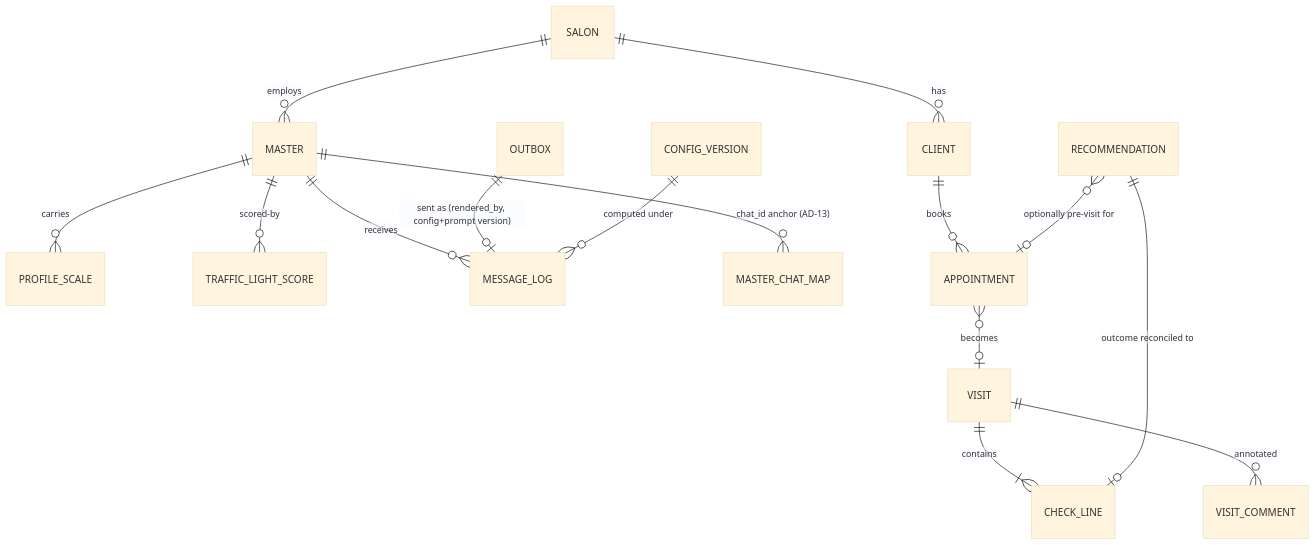
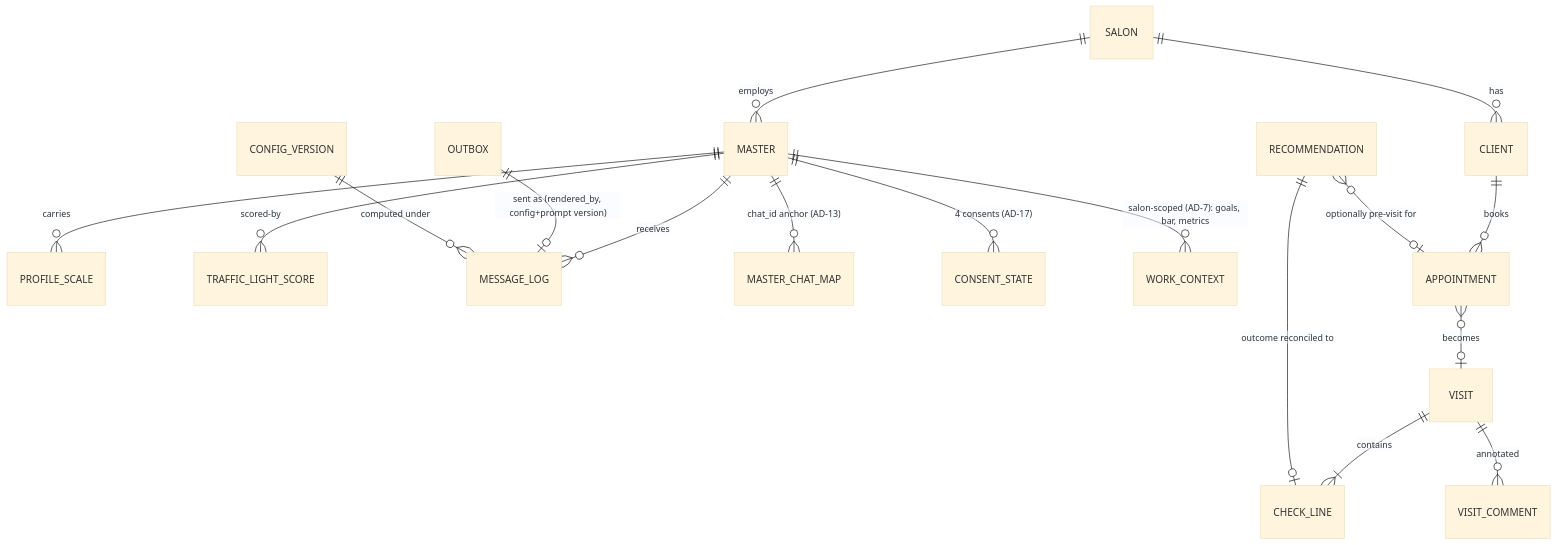
One commit to TimurKarev/zabota_mentor changed the third of 3 diagrams in _bmad-output/planning-artifacts/architecture/architecture-zabota_mentor-2026-08-18/ARCHITECTURE-SPINE.md. Above: the diagram before and after it, drawn with Mermaid (base theme). The commit also changed other lines of this file and 10 other files, not shown here.

````diff
--- a/_bmad-output/planning-artifacts/architecture/architecture-zabota_mentor-2026-08-18/ARCHITECTURE-SPINE.md
+++ b/_bmad-output/planning-artifacts/architecture/architecture-zabota_mentor-2026-08-18/ARCHITECTURE-SPINE.md
@@ -223,17 +238,19 @@
 ```mermaid
 erDiagram
   SALON ||--o{ MASTER : employs
   SALON ||--o{ CLIENT : has
   MASTER ||--o{ PROFILE_SCALE : carries
   MASTER ||--o{ TRAFFIC_LIGHT_SCORE : scored-by
   MASTER ||--o{ MESSAGE_LOG : receives
   MASTER ||--o{ MASTER_CHAT_MAP : "chat_id anchor (AD-13)"
+  MASTER ||--o{ CONSENT_STATE : "4 consents (AD-17)"
+  MASTER ||--o{ WORK_CONTEXT : "salon-scoped (AD-7): goals, bar, metrics"
   CLIENT ||--o{ APPOINTMENT : books
   APPOINTMENT }o--o| VISIT : becomes
   VISIT ||--|{ CHECK_LINE : contains
   VISIT ||--o{ VISIT_COMMENT : annotated
   RECOMMENDATION }o--o| APPOINTMENT : "optionally pre-visit for"
   RECOMMENDATION ||--o| CHECK_LINE : "outcome reconciled to"
   OUTBOX ||--o| MESSAGE_LOG : "sent as (rendered_by, config+prompt version)"
   CONFIG_VERSION ||--o{ MESSAGE_LOG : "computed under"
 ```
````
